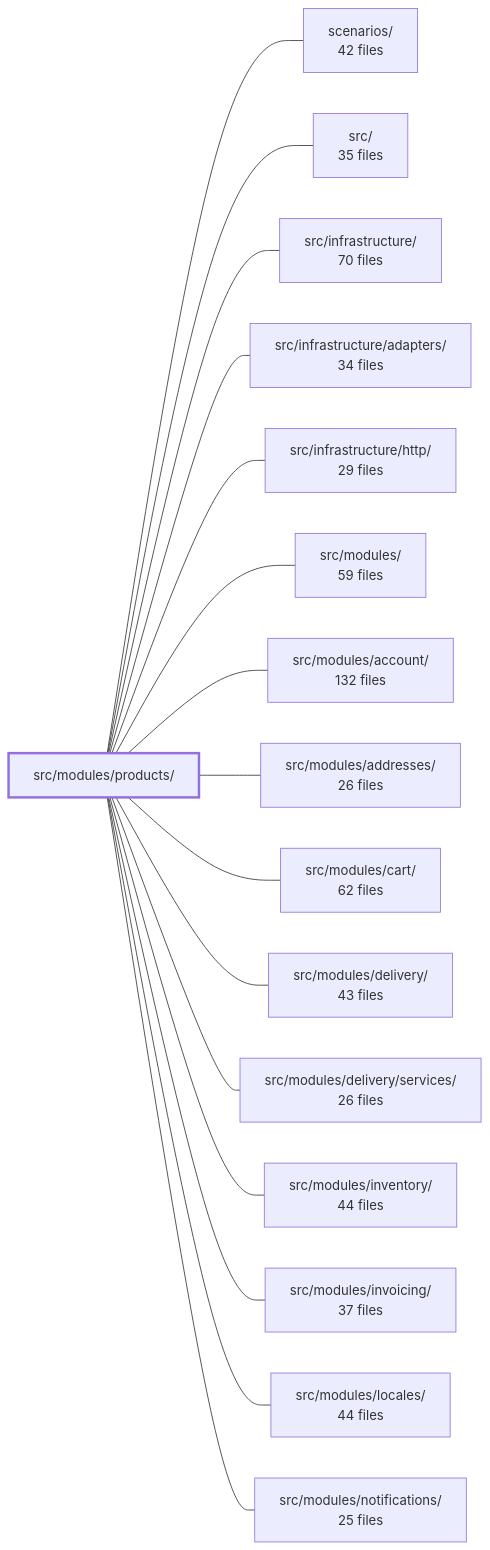
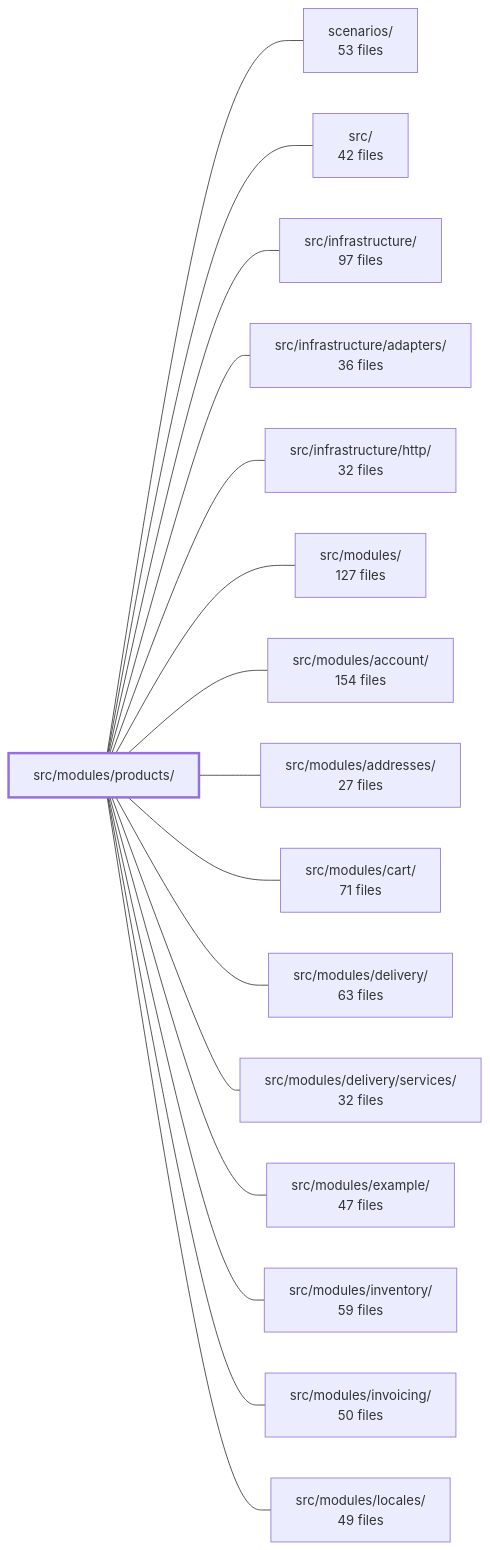
The diagram in .2brain/modules/boilerplate-node-backend_src_modules_products.md (Guebbit/boilerplate-node-backend), drawn with Mermaid before and after one commit. The commit also changed other lines of this file and 1775 other files, not shown here.

````diff
--- a/.2brain/modules/boilerplate-node-backend_src_modules_products.md
+++ b/.2brain/modules/boilerplate-node-backend_src_modules_products.md
@@ -46,35 +48,35 @@
 ```mermaid
 flowchart LR
     m_src_modules_products["src/modules/products/"]
-    m_scenarios["scenarios/<br/>42 files"]
-    m_src["src/<br/>35 files"]
-    m_src_infrastructure["src/infrastructure/<br/>70 files"]
-    m_src_infrastructure_adapters["src/infrastructure/adapters/<br/>34 files"]
-    m_src_infrastructure_http["src/infrastructure/http/<br/>29 files"]
-    m_src_modules["src/modules/<br/>59 files"]
-    m_src_modules_account["src/modules/account/<br/>132 files"]
-    m_src_modules_addresses["src/modules/addresses/<br/>26 files"]
-    m_src_modules_cart["src/modules/cart/<br/>62 files"]
-    m_src_modules_delivery["src/modules/delivery/<br/>43 files"]
-    m_src_modules_delivery_services["src/modules/delivery/services/<br/>26 files"]
-    m_src_modules_inventory["src/modules/inventory/<br/>44 files"]
-    m_src_modules_invoicing["src/modules/invoicing/<br/>37 files"]
-    m_src_modules_locales["src/modules/locales/<br/>44 files"]
-    m_src_modules_notifications["src/modules/notifications/<br/>25 files"]
+    m_scenarios["scenarios/<br/>53 files"]
+    m_src["src/<br/>42 files"]
+    m_src_infrastructure["src/infrastructure/<br/>97 files"]
+    m_src_infrastructure_adapters["src/infrastructure/adapters/<br/>36 files"]
+    m_src_infrastructure_http["src/infrastructure/http/<br/>32 files"]
+    m_src_modules["src/modules/<br/>127 files"]
+    m_src_modules_account["src/modules/account/<br/>154 files"]
+    m_src_modules_addresses["src/modules/addresses/<br/>27 files"]
+    m_src_modules_cart["src/modules/cart/<br/>71 files"]
+    m_src_modules_delivery["src/modules/delivery/<br/>63 files"]
+    m_src_modules_delivery_services["src/modules/delivery/services/<br/>32 files"]
+    m_src_modules_example["src/modules/example/<br/>47 files"]
+    m_src_modules_inventory["src/modules/inventory/<br/>59 files"]
+    m_src_modules_invoicing["src/modules/invoicing/<br/>50 files"]
+    m_src_modules_locales["src/modules/locales/<br/>49 files"]
     m_src_modules_products --- m_scenarios
     m_src_modules_products --- m_src
     m_src_modules_products --- m_src_infrastructure
     m_src_modules_products --- m_src_infrastructure_adapters
     m_src_modules_products --- m_src_infrastructure_http
     m_src_modules_products --- m_src_modules
     m_src_modules_products --- m_src_modules_account
     m_src_modules_products --- m_src_modules_addresses
     m_src_modules_products --- m_src_modules_cart
     m_src_modules_products --- m_src_modules_delivery
     m_src_modules_products --- m_src_modules_delivery_services
+    m_src_modules_products --- m_src_modules_example
     m_src_modules_products --- m_src_modules_inventory
     m_src_modules_products --- m_src_modules_invoicing
     m_src_modules_products --- m_src_modules_locales
-    m_src_modules_products --- m_src_modules_notifications
     style m_src_modules_products stroke-width:3px
 ```
````
